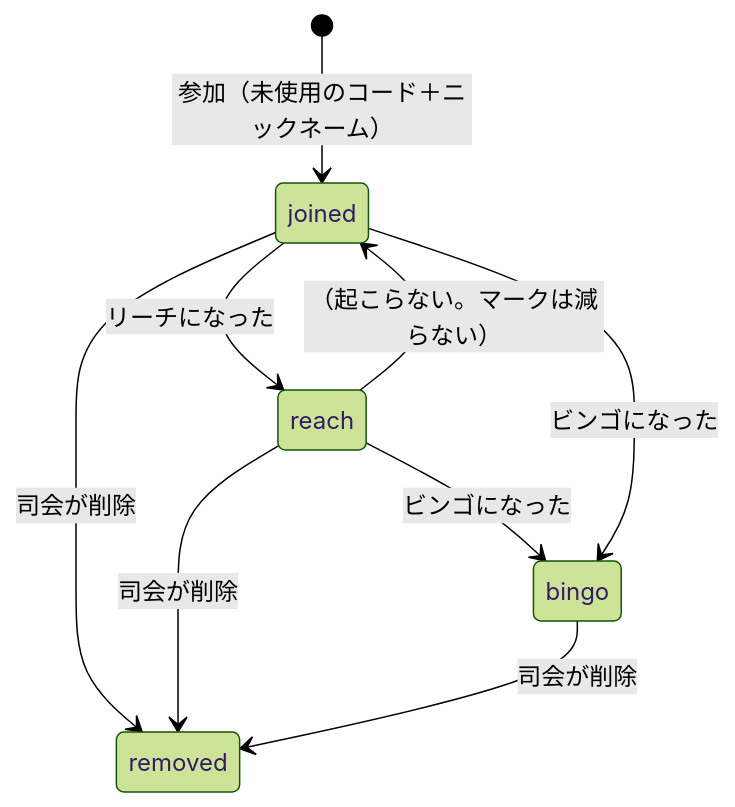
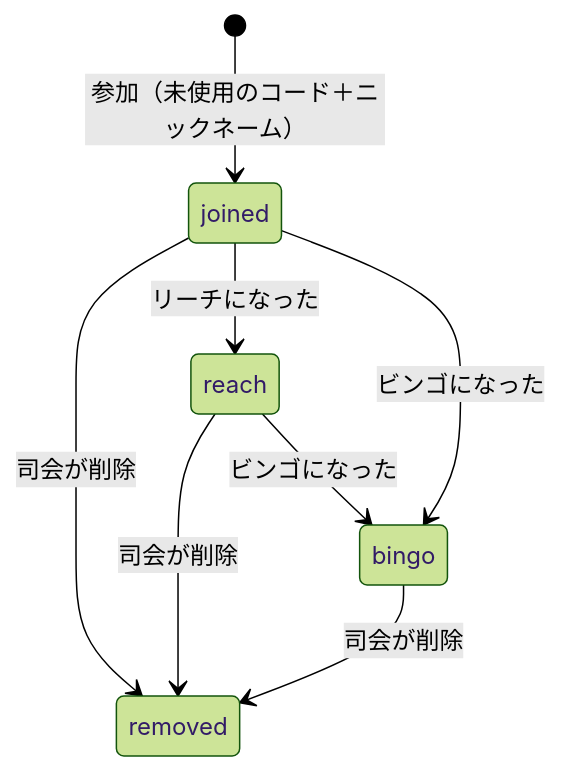
The third of 3 diagrams in docs/design/domain-model.md (a-i-shi-da/cf_bingo), drawn with Mermaid (forest theme) before and after one commit. The commit also changed other lines of this file and 9 other files, not shown here.

````diff
--- a/docs/design/domain-model.md
+++ b/docs/design/domain-model.md
@@ -176,11 +176,10 @@
 ```mermaid
 stateDiagram-v2
   [*] --> joined: 参加（未使用のコード＋ニックネーム）
   joined --> reach: リーチになった
-  reach --> joined: （起こらない。マークは減らない）
   reach --> bingo: ビンゴになった
   joined --> bingo: ビンゴになった
   joined --> removed: 司会が削除
   reach --> removed: 司会が削除
   bingo --> removed: 司会が削除
 ```
````
